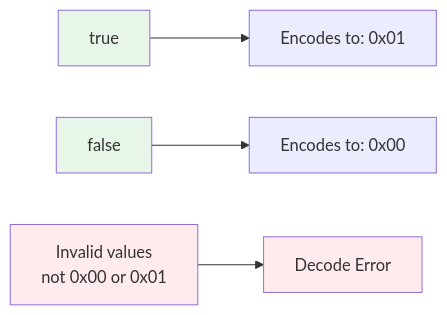
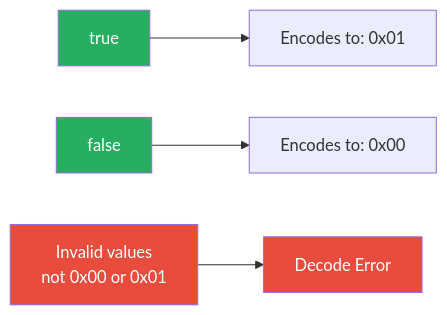
One commit to Mikedan37/BlazeBinary changed the tenth of 19 diagrams in README.md. Above: the diagram before and after it, drawn with Mermaid. The commit also changed other lines of this file and 11 other files, not shown here.

First line of the commit message:
Improve Mermaid diagrams and code display formatting

````diff
--- a/README.md
+++ b/README.md
@@ -397,11 +397,11 @@
 ```mermaid
 graph LR
     True[true] --> Enc1[Encodes to: 0x01]
     False[false] --> Enc2[Encodes to: 0x00]
     Invalid[Invalid values<br/>not 0x00 or 0x01] --> Error[Decode Error]
     
-    style True fill:#e8f5e9
-    style False fill:#e8f5e9
-    style Invalid fill:#ffebee
-    style Error fill:#ffebee
+    style True fill:#27ae60,color:#ffffff
+    style False fill:#27ae60,color:#ffffff
+    style Invalid fill:#e74c3c,color:#ffffff
+    style Error fill:#e74c3c,color:#ffffff
 ```
````
